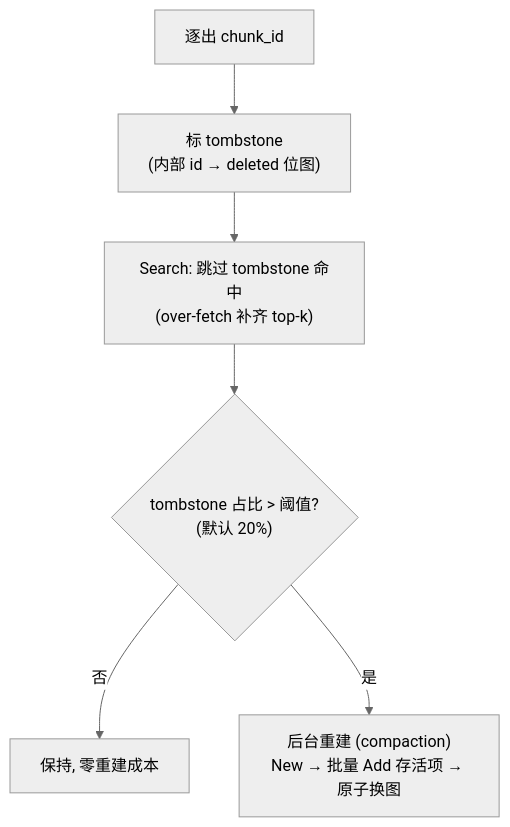
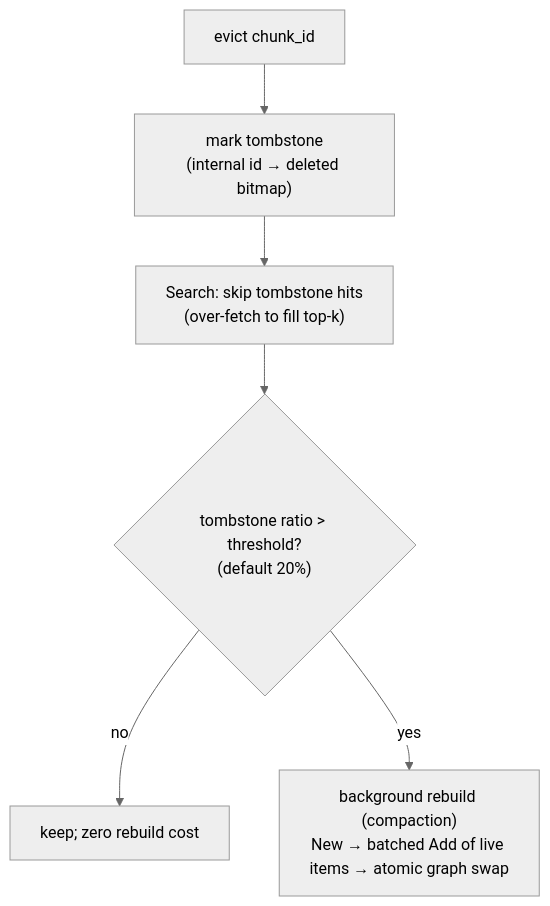
The third of 3 diagrams in docs/plans/phase-7-incremental.md (AndyUneducated/repo-sage), drawn with Mermaid (neutral theme) before and after one commit. The commit also changed other lines of this file and 14 other files, not shown here.

````diff
--- a/docs/plans/phase-7-incremental.md
+++ b/docs/plans/phase-7-incremental.md
@@ -160,8 +160,8 @@
 ```mermaid
 flowchart TD
-  ev["逐出 chunk_id"] --> mark["标 tombstone<br/>(内部 id → deleted 位图)"]
-  mark --> search["Search: 跳过 tombstone 命中<br/>(over-fetch 补齐 top-k)"]
-  search --> ratio{"tombstone 占比 > 阈值?<br/>(默认 20%)"}
-  ratio -- 否 --> keep["保持, 零重建成本"]
-  ratio -- 是 --> rebuild["后台重建 (compaction)<br/>New → 批量 Add 存活项 → 原子换图"]
+  ev["evict chunk_id"] --> mark["mark tombstone<br/>(internal id → deleted bitmap)"]
+  mark --> search["Search: skip tombstone hits<br/>(over-fetch to fill top-k)"]
+  search --> ratio{"tombstone ratio > threshold?<br/>(default 20%)"}
+  ratio -- no --> keep["keep; zero rebuild cost"]
+  ratio -- yes --> rebuild["background rebuild (compaction)<br/>New → batched Add of live items → atomic graph swap"]
 ```
````
